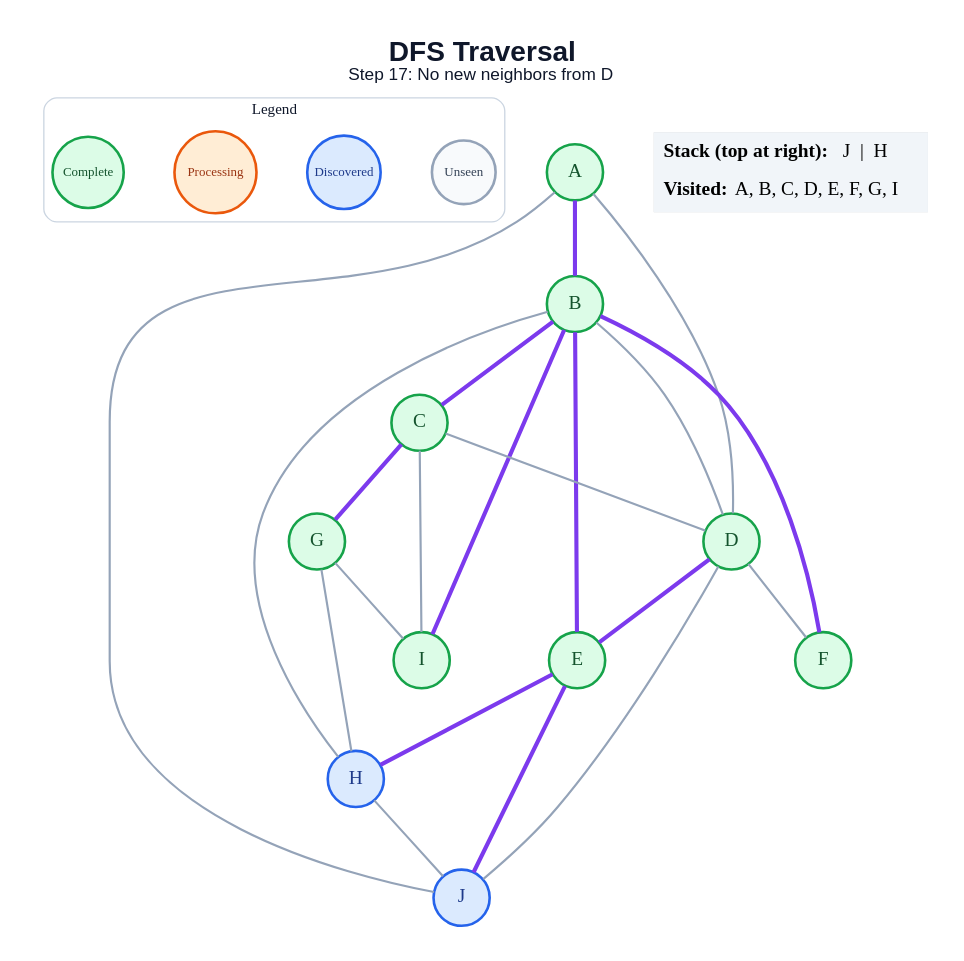
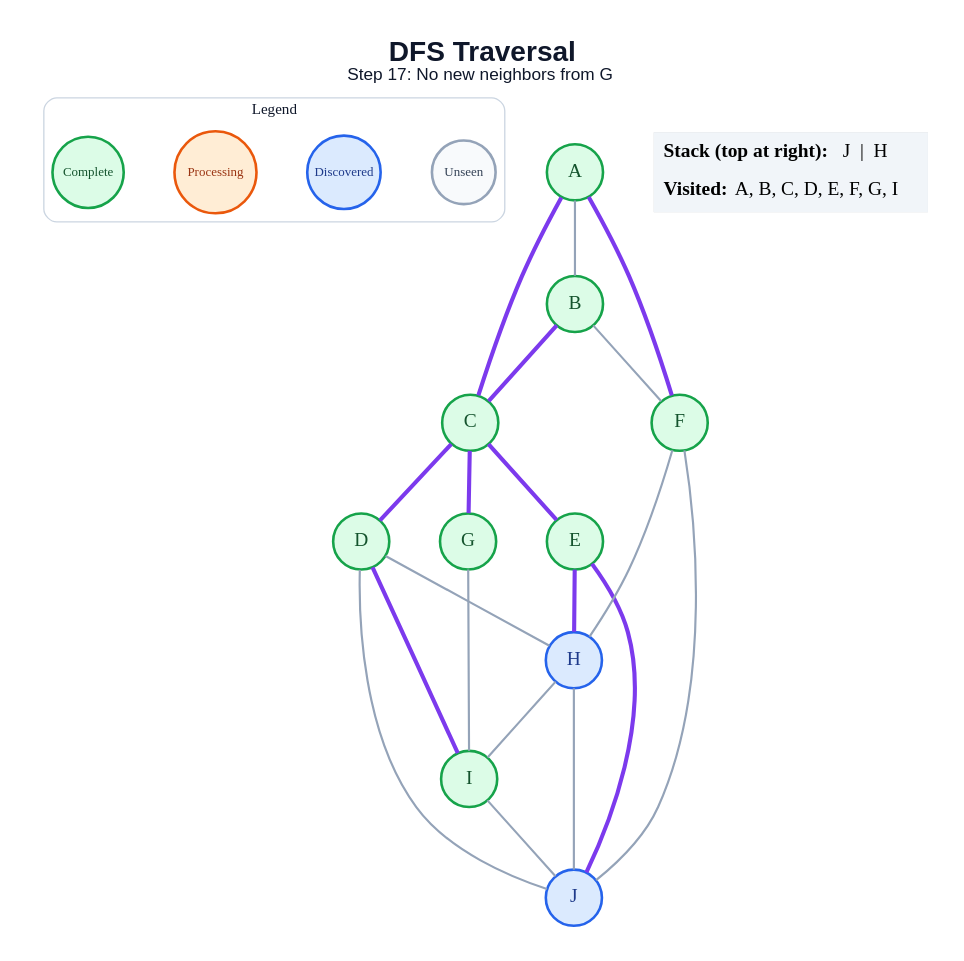
Before and after one commit to amanghodawala9/ai-slop: the diagram in generated/specific-node/dfs/step_17.dot, drawn with Graphviz. The commit also changed 178 other files, not shown here.

```diff
--- a/generated/specific-node/dfs/step_17.dot
+++ b/generated/specific-node/dfs/step_17.dot
@@ -1,49 +1,48 @@
 graph traversal {
   graph [layout=dot, rankdir=TB, bgcolor="#FFFFFF", pad="0.35", nodesep="0.65", ranksep="0.8", fontname="Arial"];
   node [shape=circle, style="filled", fontname="Arial Bold", fontsize=18, width=0.72, fixedsize=true, penwidth=2.4];
   edge [color="#94A3B8", penwidth=2.0];
-  label=<<B>DFS Traversal</B><BR/><FONT POINT-SIZE="16">Step 17: No new neighbors from D</FONT>>; labelloc="t"; fontsize=26; fontname="Arial"; fontcolor="#0F172A";
+  label=<<B>DFS Traversal</B><BR/><FONT POINT-SIZE="16">Step 17: No new neighbors from G</FONT>>; labelloc="t"; fontsize=26; fontname="Arial"; fontcolor="#0F172A";
   subgraph cluster_legend { label="Legend"; color="#CBD5E1"; penwidth=1.2; style="rounded"; fontsize=14; fontname="Arial Bold";
     key_unseen [label="Unseen", fillcolor="#F8FAFC", color="#94A3B8", fontcolor="#334155", fontsize=12, width=0.82];
     key_frontier [label="Discovered", fillcolor="#DBEAFE", color="#2563EB", fontcolor="#1E3A8A", fontsize=12, width=0.95];
     key_current [label="Processing", fillcolor="#FFEDD5", color="#EA580C", fontcolor="#9A3412", fontsize=12, width=1.05];
     key_done [label="Complete", fillcolor="#DCFCE7", color="#16A34A", fontcolor="#14532D", fontsize=12, width=0.92];
     { rank=same; key_unseen; key_frontier; key_current; key_done; }
   }
   A [fillcolor="#DCFCE7", color="#16A34A", fontcolor="#14532D"];
   B [fillcolor="#DCFCE7", color="#16A34A", fontcolor="#14532D"];
   C [fillcolor="#DCFCE7", color="#16A34A", fontcolor="#14532D"];
   D [fillcolor="#DCFCE7", color="#16A34A", fontcolor="#14532D"];
   E [fillcolor="#DCFCE7", color="#16A34A", fontcolor="#14532D"];
   F [fillcolor="#DCFCE7", color="#16A34A", fontcolor="#14532D"];
   G [fillcolor="#DCFCE7", color="#16A34A", fontcolor="#14532D"];
   H [fillcolor="#DBEAFE", color="#2563EB", fontcolor="#1E3A8A"];
   I [fillcolor="#DCFCE7", color="#16A34A", fontcolor="#14532D"];
   J [fillcolor="#DBEAFE", color="#2563EB", fontcolor="#1E3A8A"];
-  A -- B [color="#7C3AED", penwidth=3.8];
-  A -- D;
-  A -- J;
+  A -- B;
+  A -- C [color="#7C3AED", penwidth=3.8];
+  A -- F [color="#7C3AED", penwidth=3.8];
   B -- C [color="#7C3AED", penwidth=3.8];
-  B -- D;
-  B -- E [color="#7C3AED", penwidth=3.8];
-  B -- F [color="#7C3AED", penwidth=3.8];
-  B -- H;
-  B -- I [color="#7C3AED", penwidth=3.8];
-  C -- D;
+  B -- F;
+  C -- D [color="#7C3AED", penwidth=3.8];
+  C -- E [color="#7C3AED", penwidth=3.8];
   C -- G [color="#7C3AED", penwidth=3.8];
-  C -- I;
-  D -- E [color="#7C3AED", penwidth=3.8];
-  D -- F;
+  D -- H;
+  D -- I [color="#7C3AED", penwidth=3.8];
   D -- J;
   E -- H [color="#7C3AED", penwidth=3.8];
   E -- J [color="#7C3AED", penwidth=3.8];
-  G -- H;
+  F -- H;
+  F -- J;
   G -- I;
+  H -- I;
   H -- J;
+  I -- J;
   status [shape=plain, fixedsize=false, width=0, height=0, margin=0, label=<
     <TABLE BORDER="0" CELLBORDER="0" CELLPADDING="7" BGCOLOR="#F1F5F9">
       <TR><TD ALIGN="LEFT"><B>Stack (top at right):</B> J  |  H</TD></TR>
       <TR><TD ALIGN="LEFT"><B>Visited:</B> A, B, C, D, E, F, G, I</TD></TR>
     </TABLE>
   >];
 }
```
